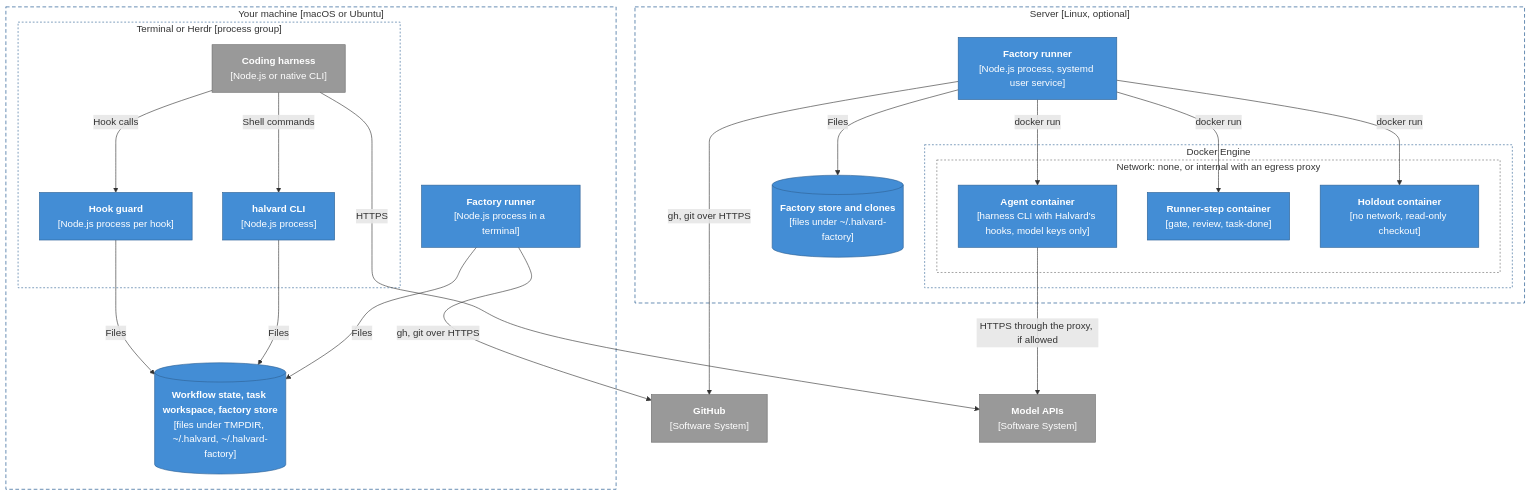
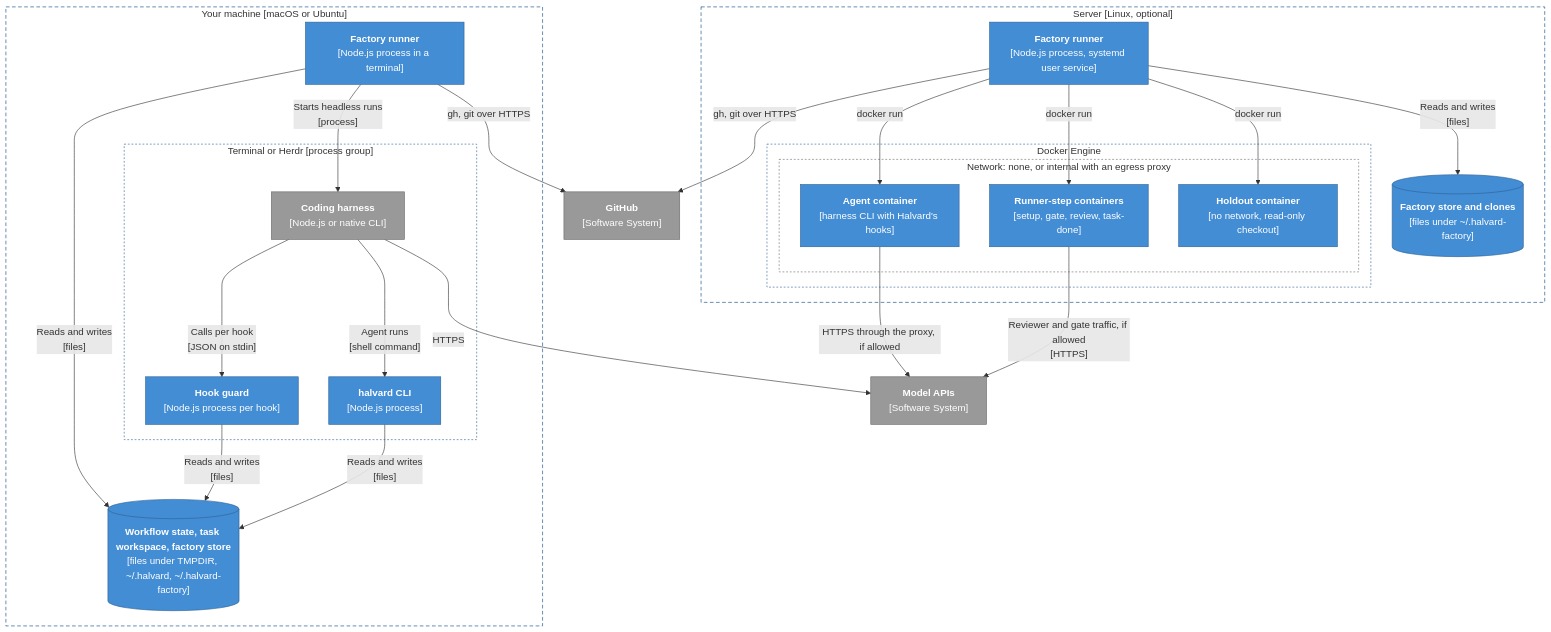
One commit to ghulando/halvard changed the seventh of 7 diagrams in docs/architecture.md. Above: the diagram before and after it, drawn with Mermaid. The commit also changed other lines of this file and 1 other file, not shown here.

First line of the commit message:
Correct the architecture document after review

````diff
--- a/docs/architecture.md
+++ b/docs/architecture.md
@@ -298,51 +313,53 @@
 ```mermaid
 flowchart TB
     subgraph laptop["Your machine [macOS or Ubuntu]"]
         subgraph term["Terminal or Herdr [process group]"]
             h1["<b>Coding harness</b><br/>[Node.js or native CLI]"]
             g1["<b>Hook guard</b><br/>[Node.js process per hook]"]
             c1["<b>halvard CLI</b><br/>[Node.js process]"]
         end
         f1["<b>Factory runner</b><br/>[Node.js process in a terminal]"]
         d1[("<b>Workflow state, task workspace, factory store</b><br/>[files under TMPDIR, ~/.halvard, ~/.halvard-factory]")]
     end
 
     subgraph vps["Server [Linux, optional]"]
         f2["<b>Factory runner</b><br/>[Node.js process, systemd user service]"]
         d2[("<b>Factory store and clones</b><br/>[files under ~/.halvard-factory]")]
         subgraph engine["Docker Engine"]
             subgraph net["Network: none, or internal with an egress proxy"]
-                a2["<b>Agent container</b><br/>[harness CLI with Halvard's hooks, model keys only]"]
-                r2["<b>Runner-step container</b><br/>[gate, review, task-done]"]
+                a2["<b>Agent container</b><br/>[harness CLI with Halvard's hooks]"]
+                r2["<b>Runner-step containers</b><br/>[setup, gate, review, task-done]"]
                 o2["<b>Holdout container</b><br/>[no network, read-only checkout]"]
             end
         end
     end
 
     gh["<b>GitHub</b><br/>[Software System]"]
     api["<b>Model APIs</b><br/>[Software System]"]
 
-    h1 -- "Hook calls" --> g1
-    h1 -- "Shell commands" --> c1
-    g1 -- "Files" --> d1
-    c1 -- "Files" --> d1
-    f1 -- "Files" --> d1
+    h1 -- "Calls per hook<br/>[JSON on stdin]" --> g1
+    h1 -- "Agent runs<br/>[shell command]" --> c1
+    g1 -- "Reads and writes<br/>[files]" --> d1
+    c1 -- "Reads and writes<br/>[files]" --> d1
+    f1 -- "Reads and writes<br/>[files]" --> d1
+    f1 -- "Starts headless runs<br/>[process]" --> h1
     f1 -- "gh, git over HTTPS" --> gh
     f2 -- "gh, git over HTTPS" --> gh
     f2 -- "docker run" --> a2
     f2 -- "docker run" --> r2
     f2 -- "docker run" --> o2
-    f2 -- "Files" --> d2
+    f2 -- "Reads and writes<br/>[files]" --> d2
     h1 -- "HTTPS" --> api
     a2 -- "HTTPS through the proxy, if allowed" --> api
+    r2 -- "Reviewer and gate traffic, if allowed<br/>[HTTPS]" --> api
 
     classDef container fill:#438dd5,stroke:#2e6295,color:#ffffff
     classDef external fill:#999999,stroke:#6b6b6b,color:#ffffff
     class g1,c1,f1,f2,d1,d2,a2,r2,o2 container
     class h1,gh,api external
     style laptop fill:none,stroke:#0b4884,stroke-dasharray:6 4
     style vps fill:none,stroke:#0b4884,stroke-dasharray:6 4
     style term fill:none,stroke:#2e6295,stroke-dasharray:3 3
     style engine fill:none,stroke:#2e6295,stroke-dasharray:3 3
     style net fill:none,stroke:#6b6b6b,stroke-dasharray:3 3
 ```
````
